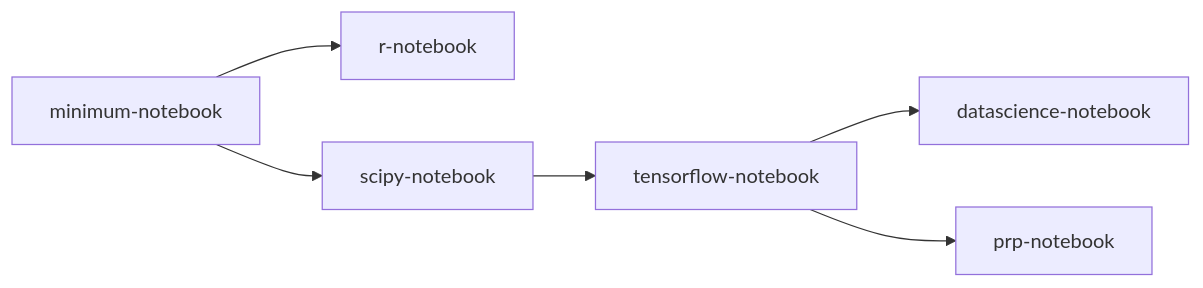
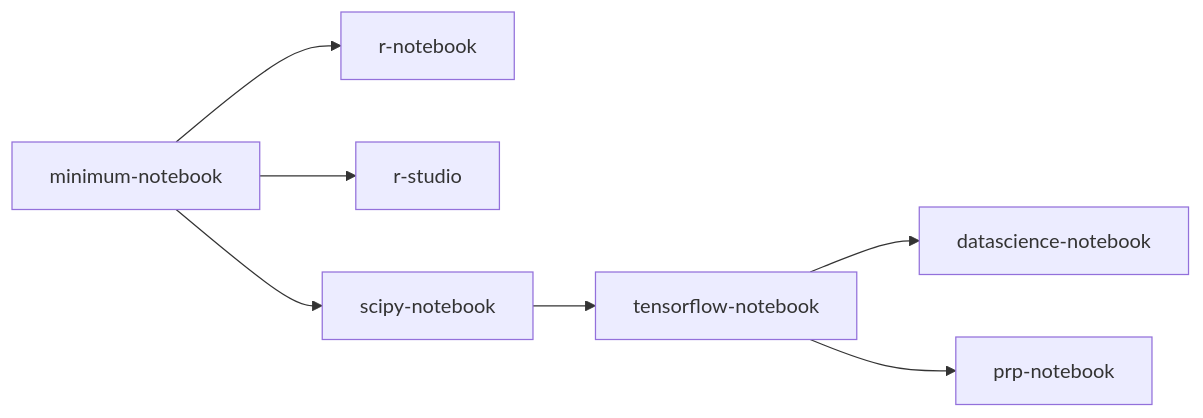
One commit to SDSU-Research-CI/SDSU-Research-CI.github.io changed the diagram in docs/instructionalcluster/availableimages.md. Above: the diagram before and after it, drawn with Mermaid. The commit also changed other lines of this file, not shown here.

Commit message:
Added R Studio image.

````diff
--- a/docs/instructionalcluster/availableimages.md
+++ b/docs/instructionalcluster/availableimages.md
@@ -32,6 +33,7 @@
 ```mermaid
 graph LR;
     A[minimum-notebook]-->B[r-notebook];
+    A-->G[r-studio];
     A-->C[scipy-notebook]-->D[tensorflow-notebook]-->E[datascience-notebook];
     D-->F[prp-notebook];
 ```
````
